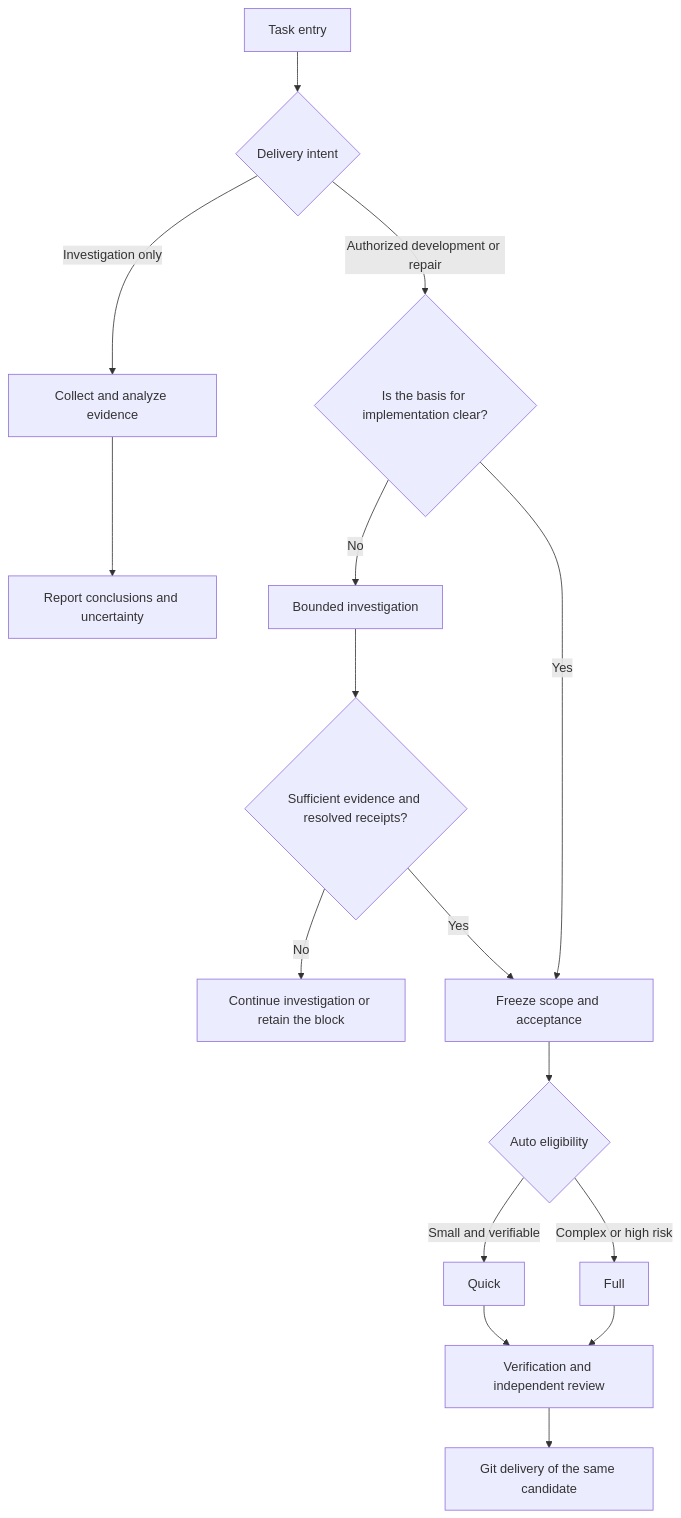
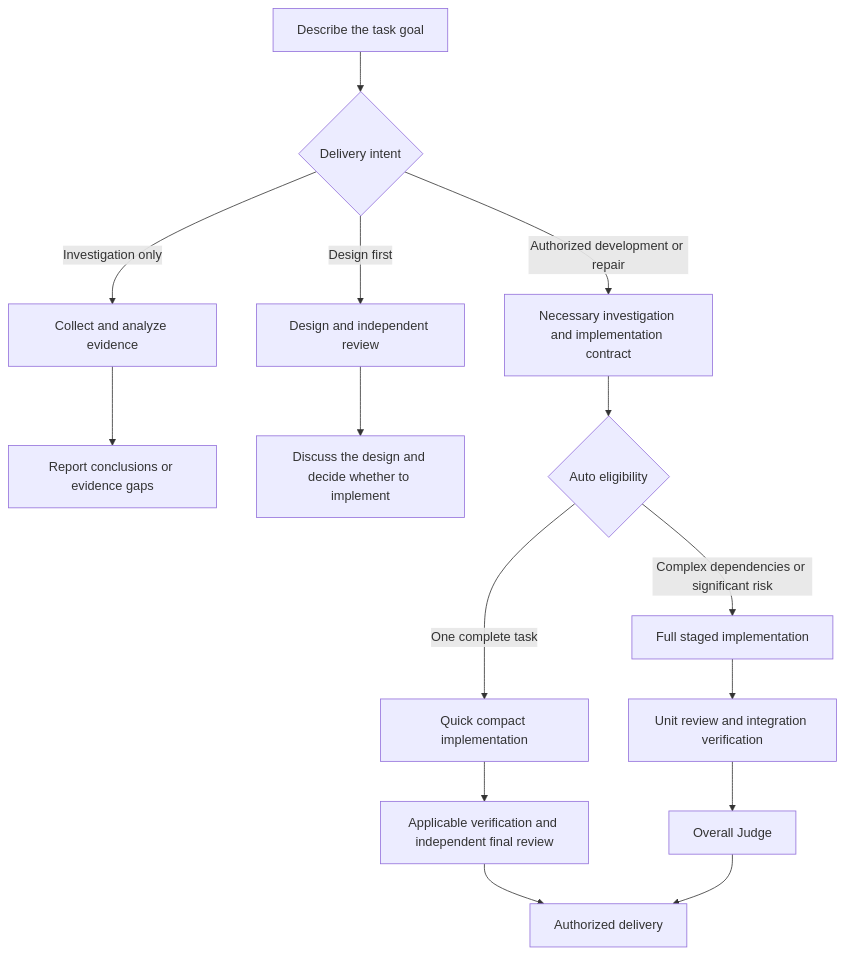
The diagram in docs/plans/2026-11-19-subscription-cli-workflows.en.md (ckanner/flywheel), drawn with Mermaid before and after one commit. The commit also changed other lines of this file and 4 other files, not shown here.

Commit message:
docs: clarify final workflow modes and task scenarios

````diff
--- a/docs/plans/2026-11-19-subscription-cli-workflows.en.md
+++ b/docs/plans/2026-11-19-subscription-cli-workflows.en.md
@@ -367,18 +422,17 @@
 ```mermaid
 flowchart TD
-    A[Task entry] --> B{Delivery intent}
+    A[Describe the task goal] --> B{Delivery intent}
     B -->|Investigation only| C[Collect and analyze evidence]
-    C --> D[Report conclusions and uncertainty]
-    B -->|Authorized development or repair| E{"Is the basis for implementation clear?"}
-    E -->|No| F[Bounded investigation]
-    F --> G{"Sufficient evidence and resolved receipts?"}
-    G -->|No| H[Continue investigation or retain the block]
-    G -->|Yes| I[Freeze scope and acceptance]
-    E -->|Yes| I
-    I --> J{Auto eligibility}
-    J -->|Small and verifiable| K[Quick]
-    J -->|Complex or high risk| L[Full]
-    K --> M[Verification and independent review]
-    L --> M
-    M --> N[Git delivery of the same candidate]
+    C --> D[Report conclusions or evidence gaps]
+    B -->|Design first| E[Design and independent review]
+    E --> F[Discuss the design and decide whether to implement]
+    B -->|Authorized development or repair| G[Necessary investigation and implementation contract]
+    G --> H{Auto eligibility}
+    H -->|One complete task| I[Quick compact implementation]
+    H -->|Complex dependencies or significant risk| J[Full staged implementation]
+    I --> K[Applicable verification and independent final review]
+    J --> L[Unit review and integration verification]
+    L --> M[Overall Judge]
+    K --> N[Authorized delivery]
+    M --> N
 ```
````
